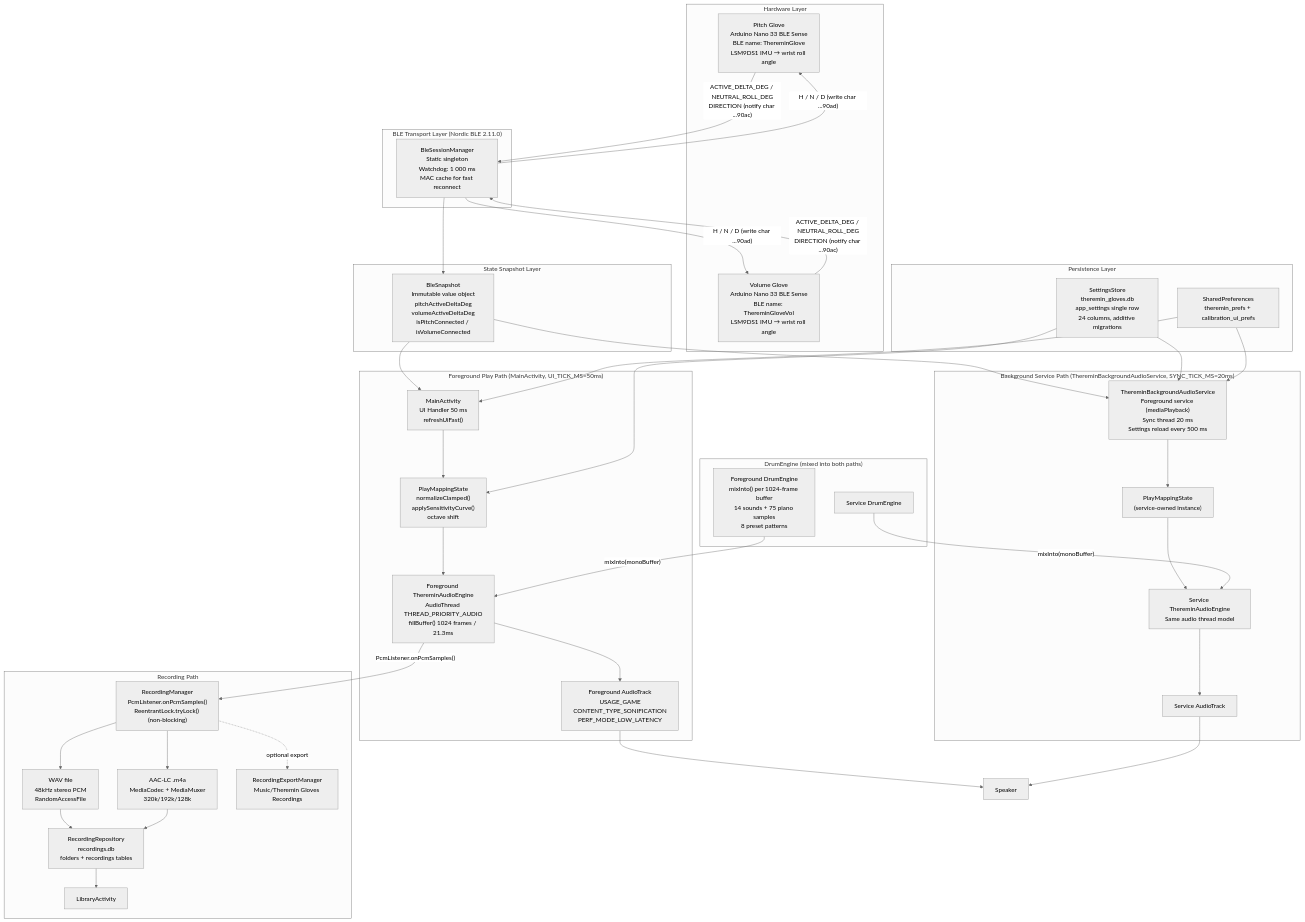
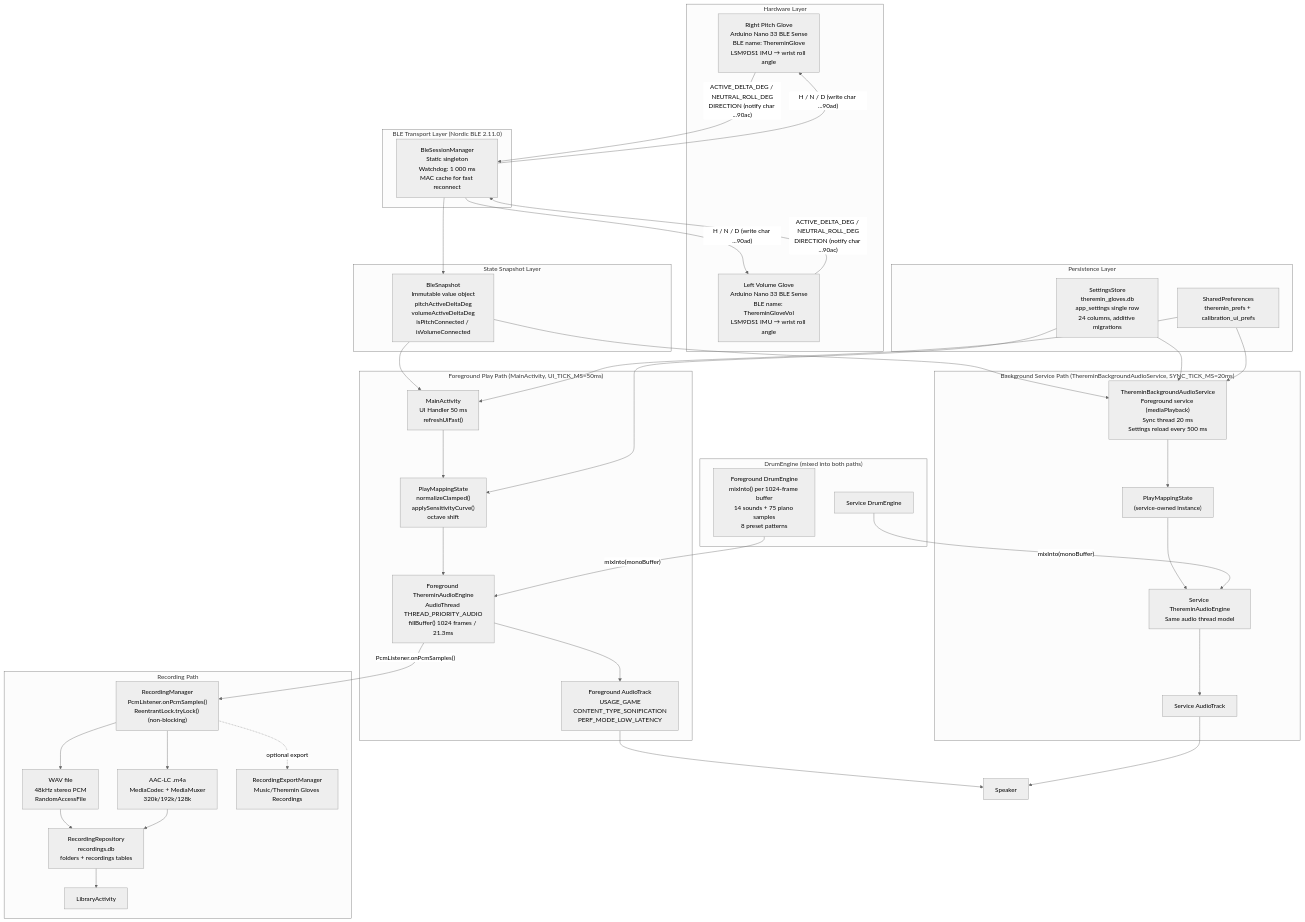
Before and after one commit to nirthikkaa/ELEC-390: the third of 8 diagrams in docs/01_Design_Document.md, drawn with Mermaid (neutral theme). The commit also changed other lines of this file and 16 other files, not shown here.

````diff
--- a/docs/01_Design_Document.md
+++ b/docs/01_Design_Document.md
@@ -659,79 +659,79 @@
 ```mermaid
 flowchart TD
     subgraph Hardware["Hardware Layer"]
-        PG["Pitch Glove\nArduino Nano 33 BLE Sense\nBLE name: ThereminGlove\nLSM9DS1 IMU → wrist roll angle"]
-        VG["Volume Glove\nArduino Nano 33 BLE Sense\nBLE name: ThereminGloveVol\nLSM9DS1 IMU → wrist roll angle"]
+        PG["Right Pitch Glove\nArduino Nano 33 BLE Sense\nBLE name: ThereminGlove\nLSM9DS1 IMU → wrist roll angle"]
+        VG["Left Volume Glove\nArduino Nano 33 BLE Sense\nBLE name: ThereminGloveVol\nLSM9DS1 IMU → wrist roll angle"]
     end
 
     subgraph BLE["BLE Transport Layer (Nordic BLE 2.11.0)"]
         BSM["BleSessionManager\nStatic singleton\nWatchdog: 1 000 ms\nMAC cache for fast reconnect"]
     end
 
     subgraph Snapshot["State Snapshot Layer"]
         BS["BleSnapshot\nImmutable value object\npitchActiveDeltaDeg\nvolumeActiveDeltaDeg\nisPitchConnected / isVolumeConnected"]
     end
 
     subgraph FG["Foreground Play Path (MainActivity, UI_TICK_MS=50ms)"]
         MA["MainActivity\nUI Handler 50 ms\nrefreshUiFast()"]
         PMS_FG["PlayMappingState\nnormalizeClamped()\napplySensitivityCurve()\noctave shift"]
         TAE_FG["Foreground ThereminAudioEngine\nAudioThread THREAD_PRIORITY_AUDIO\nfillBuffer() 1024 frames / 21.3ms"]
         AT_FG["Foreground AudioTrack\nUSAGE_GAME\nCONTENT_TYPE_SONIFICATION\nPERF_MODE_LOW_LATENCY"]
     end
 
     subgraph SVC["Background Service Path (ThereminBackgroundAudioService, SYNC_TICK_MS=20ms)"]
         TBAS["ThereminBackgroundAudioService\nForeground service (mediaPlayback)\nSync thread 20 ms\nSettings reload every 500 ms"]
         PMS_SVC["PlayMappingState\n(service-owned instance)"]
         TAE_SVC["Service ThereminAudioEngine\nSame audio thread model"]
         AT_SVC["Service AudioTrack"]
     end
 
     subgraph Drums["DrumEngine (mixed into both paths)"]
         DE_FG["Foreground DrumEngine\nmixInto() per 1024-frame buffer\n14 sounds + 75 piano samples\n8 preset patterns"]
         DE_SVC["Service DrumEngine"]
     end
 
     subgraph Recording["Recording Path"]
         RM["RecordingManager\nPcmListener.onPcmSamples()\nReentrantLock.tryLock() (non-blocking)"]
         WAV["WAV file\n48kHz stereo PCM\nRandomAccessFile"]
         AAC["AAC-LC .m4a\nMediaCodec + MediaMuxer\n320k/192k/128k"]
         RR["RecordingRepository\nrecordings.db\nfolders + recordings tables"]
         LA["LibraryActivity"]
         REM["RecordingExportManager\nMusic/Theremin Gloves Recordings"]
     end
 
     subgraph Persist["Persistence Layer"]
         SS["SettingsStore\ntheremin_gloves.db\napp_settings single row\n24 columns, additive migrations"]
         SP["SharedPreferences\ntheremin_prefs + calibration_ui_prefs"]
     end
 
     PG -->|"ACTIVE_DELTA_DEG / NEUTRAL_ROLL_DEG\nDIRECTION (notify char ...90ac)"| BSM
     VG -->|"ACTIVE_DELTA_DEG / NEUTRAL_ROLL_DEG\nDIRECTION (notify char ...90ac)"| BSM
     BSM -->|"H / N / D (write char ...90ad)"| PG
     BSM -->|"H / N / D (write char ...90ad)"| VG
     BSM --> BS
 
     BS --> MA
     MA --> PMS_FG
     PMS_FG --> TAE_FG
     DE_FG -->|"mixInto(monoBuffer)"| TAE_FG
     TAE_FG --> AT_FG --> Speaker
 
     BS --> TBAS
     TBAS --> PMS_SVC
     PMS_SVC --> TAE_SVC
     DE_SVC -->|"mixInto(monoBuffer)"| TAE_SVC
     TAE_SVC --> AT_SVC --> Speaker
 
     TAE_FG -->|"PcmListener.onPcmSamples()"| RM
     RM --> WAV
     RM --> AAC
     WAV --> RR
     AAC --> RR
     RR --> LA
     RM -.->|"optional export"| REM
 
     SS --> PMS_FG
     SS --> TBAS
     SP --> MA
     SP --> TBAS
 ```
````
